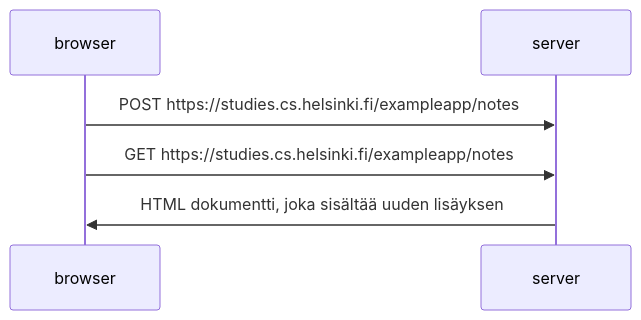
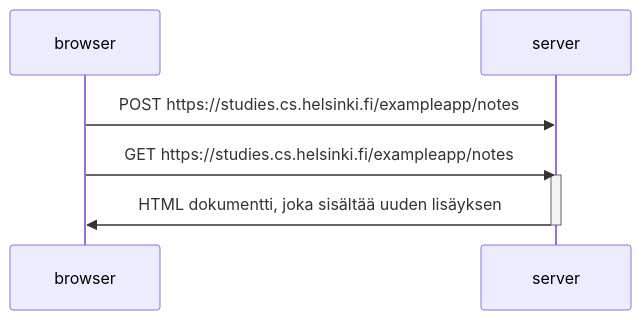
One commit to kapasko/Full-Stack-repositorio changed the diagram in osa0/tehtävä4.md. Above: the diagram before and after it, drawn with Mermaid.

Commit message:
muutoksia

````diff
--- a/osa0/tehtävä4.md
+++ b/osa0/tehtävä4.md
@@ -1,10 +1,12 @@
 ```mermaid
 sequenceDiagram
 	participant browser
 	participant server
 
 	browser->>server: POST https://studies.cs.helsinki.fi/exampleapp/notes
 	browser->>server: GET https://studies.cs.helsinki.fi/exampleapp/notes
+	activate server
 	server->>browser: HTML dokumentti, joka sisältää uuden lisäyksen
+	deactivate server
 	
 ```
````
